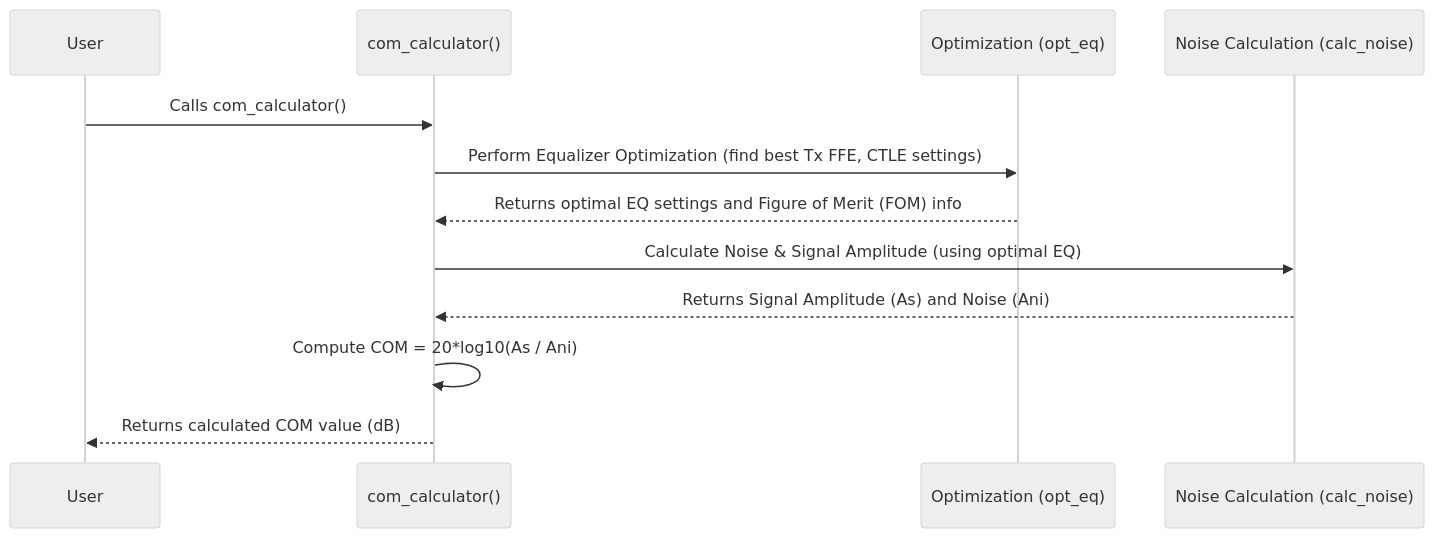
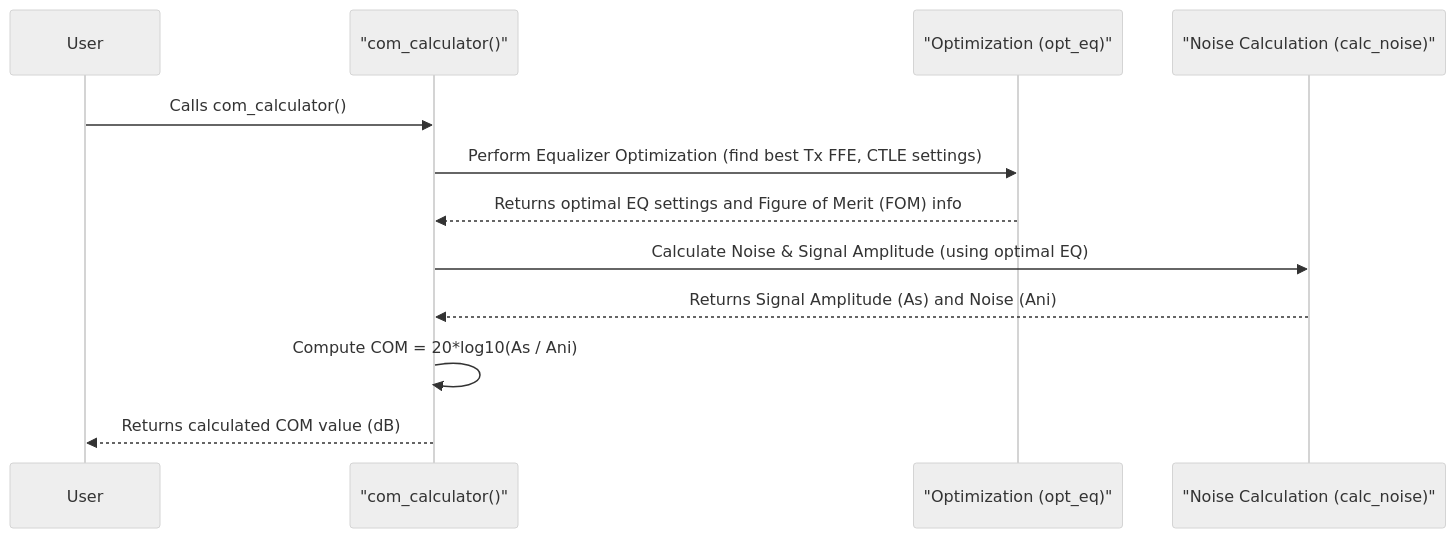
One commit to jueshi/PocketFlow-Tutorial-Codebase-Knowledge changed the diagram in output/PyChOpMarg/04_com_calculation_engine___com__class__.md. Above: the diagram before and after it, drawn with Mermaid (neutral theme). The commit also changed 282 other files, not shown here.

````diff
--- a/output/PyChOpMarg/04_com_calculation_engine___com__class__.md
+++ b/output/PyChOpMarg/04_com_calculation_engine___com__class__.md
@@ -98,15 +98,15 @@
 ```mermaid
 sequenceDiagram
     participant User
-    participant COM_Instance as com_calculator()
-    participant OptEq as Optimization (opt_eq)
-    participant NoiseCalc as Noise Calculation (calc_noise)
+    participant COM_Instance as "com_calculator()"
+    participant OptEq as "Optimization (opt_eq)"
+    participant NoiseCalc as "Noise Calculation (calc_noise)"
 
     User->>COM_Instance: Calls com_calculator()
     COM_Instance->>OptEq: Perform Equalizer Optimization (find best Tx FFE, CTLE settings)
     OptEq-->>COM_Instance: Returns optimal EQ settings and Figure of Merit (FOM) info
     COM_Instance->>NoiseCalc: Calculate Noise & Signal Amplitude (using optimal EQ)
     NoiseCalc-->>COM_Instance: Returns Signal Amplitude (As) and Noise (Ani)
     COM_Instance->>COM_Instance: Compute COM = 20*log10(As / Ani)
     COM_Instance-->>User: Returns calculated COM value (dB)
 ```
````
